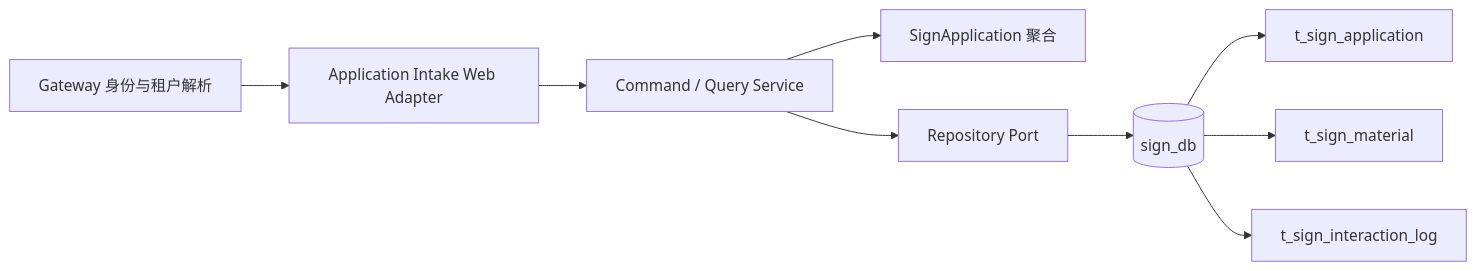
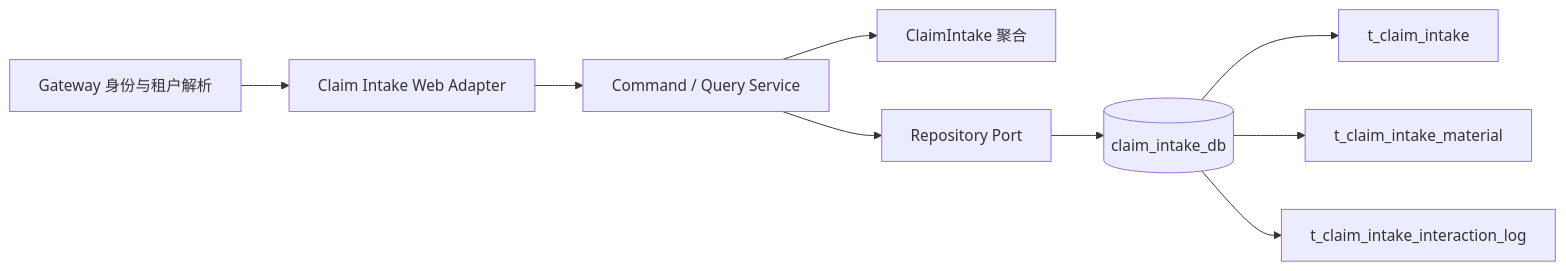
One commit to wangguangwu/claim-platform changed the first of 2 diagrams in specs/application-intake/design.md. Above: the diagram before and after it, drawn with Mermaid. The commit also changed other lines of this file and 119 other files, not shown here.

````diff
--- a/specs/application-intake/design.md
+++ b/specs/application-intake/design.md
@@ -5,11 +5,11 @@
 ```mermaid
 flowchart LR
-    GW[Gateway 身份与租户解析] --> WEB[Application Intake Web Adapter]
+    GW[Gateway 身份与租户解析] --> WEB[Claim Intake Web Adapter]
     WEB --> APP[Command / Query Service]
-    APP --> AGG[SignApplication 聚合]
+    APP --> AGG[ClaimIntake 聚合]
     APP --> PORT[Repository Port]
-    PORT --> DB[(sign_db)]
-    DB --> APP_T[t_sign_application]
-    DB --> MAT_T[t_sign_material]
-    DB --> LOG_T[t_sign_interaction_log]
+    PORT --> DB[(claim_intake_db)]
+    DB --> INTAKE_T[t_claim_intake]
+    DB --> MAT_T[t_claim_intake_material]
+    DB --> LOG_T[t_claim_intake_interaction_log]
 ```
````
